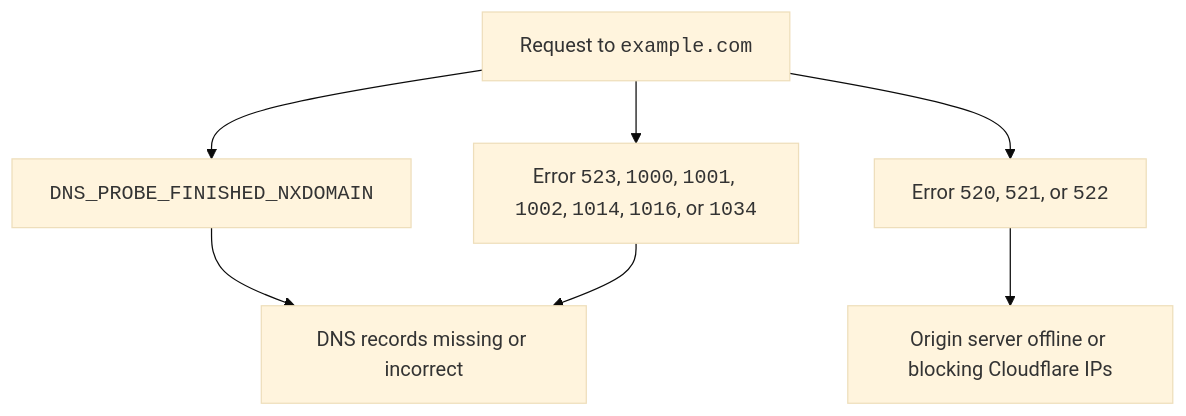
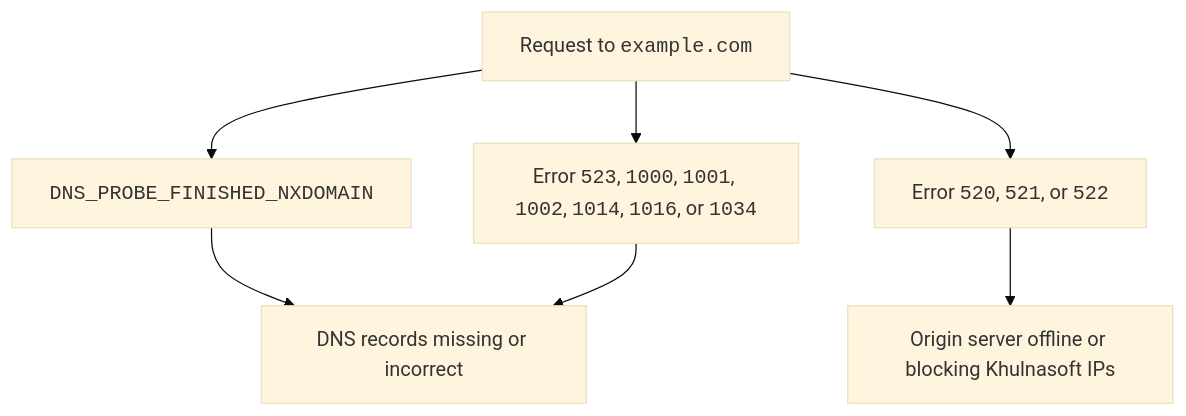
One commit to NxPKG/khulnasoft-docs changed the diagram in content/learning-paths/get-started-free/onboarding/check-dns.md. Above: the diagram before and after it, drawn with Mermaid (base theme). The commit also changed other lines of this file and 2914 other files, not shown here.

````diff
--- a/content/learning-paths/get-started-free/onboarding/check-dns.md
+++ b/content/learning-paths/get-started-free/onboarding/check-dns.md
@@ -20,10 +20,10 @@
 ```mermaid
 flowchart TD
 accTitle: Potential DNS resolution issues
 A[Request to <code>example.com</code>] --> B[<code>DNS_PROBE_FINISHED_NXDOMAIN</code>]
 B --> C[DNS records missing or incorrect]
 A --> D[Error <code>520</code>, <code>521</code>, or <code>522</code>]
-D --> E[Origin server offline or blocking Cloudflare IPs]
+D --> E[Origin server offline or blocking Khulnasoft IPs]
 A --> F[Error <code>523</code>, <code>1000</code>, <code>1001</code>, <code>1002</code>, <code>1014</code>, <code>1016</code>, or <code>1034</code>]
 F --> C
 ```
````
